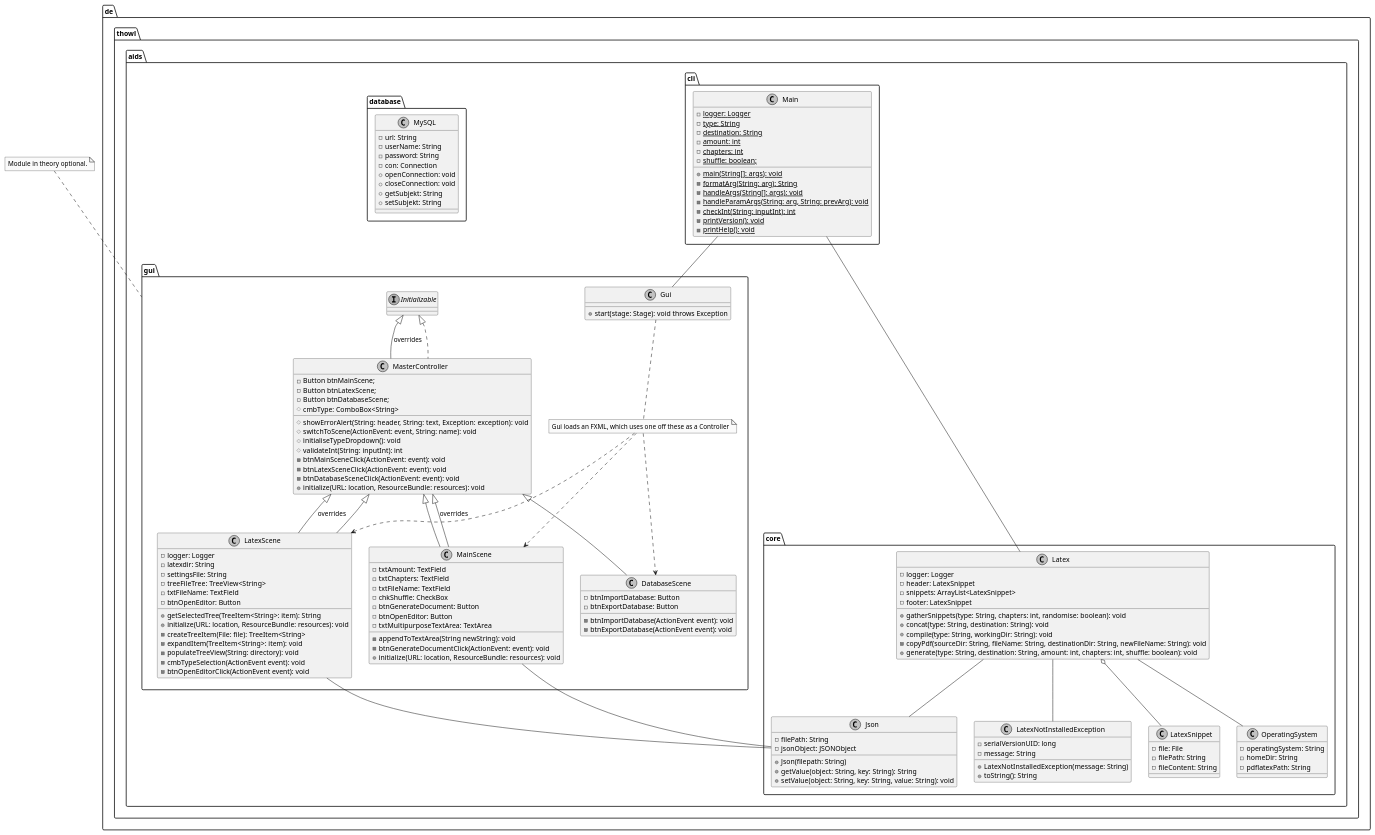
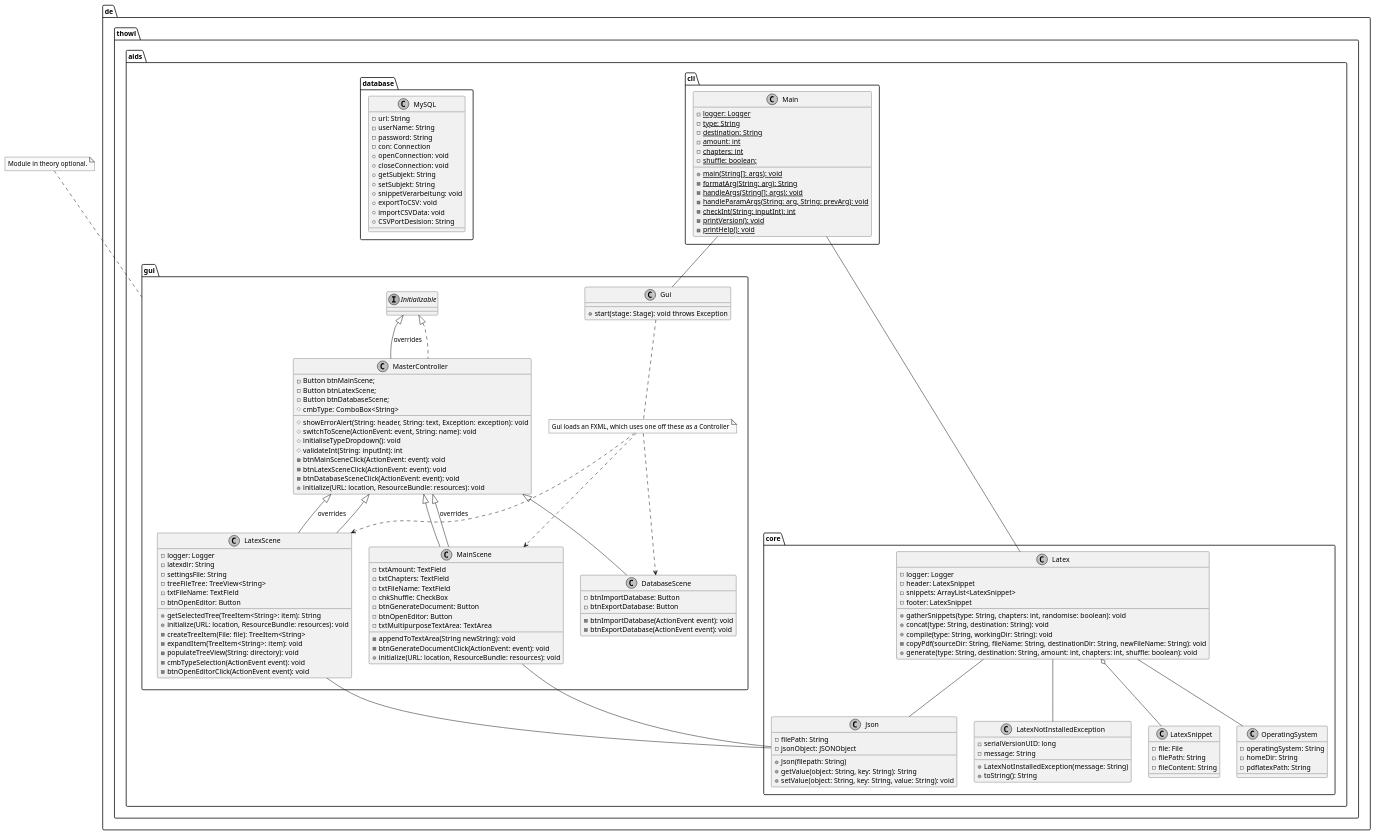
The diagram in docs/dev/technical_documentation/diagramm/uml/aids.puml (j0giwa/autonomous-instant-documents), drawn with PlantUML before and after one commit. The commit also changed 1 other file, not shown here.

```diff
--- a/docs/dev/technical_documentation/diagramm/uml/aids.puml
+++ b/docs/dev/technical_documentation/diagramm/uml/aids.puml
@@ -1,157 +1,161 @@
 @startuml aids
 
 skinparam monochrome true
 
 de.thowl.aids.cli.Main -- de.thowl.aids.gui.Gui
 de.thowl.aids.cli.Main -- de.thowl.aids.core.Latex
 de.thowl.aids.gui.MainScene -- de.thowl.aids.core.Json
 de.thowl.aids.gui.LatexScene -- de.thowl.aids.core.Json
 
 package de.thowl.aids.cli {
 	class Main {
 		- {static} logger: Logger
 		- {static} type: String
 		- {static} destination: String
 		- {static} amount: int
 		- {static} chapters: int
 		- {static} shuffle: boolean;
 		+ {static} main(String[]: args): void
 		- {static} formatArg(String: arg): String
 		- {static} handleArgs(String[]: args): void
 		- {static} handleParamArgs(String: arg, String: prevArg): void
 		- {static} checkInt(String: inputInt): int
 		- {static} printVersion(): void
 		- {static} printHelp(): void
 	}
 }
 
 package de.thowl.aids.core {
 	class Latex {
 		- logger: Logger
 		- header: LatexSnippet
 		- snippets: ArrayList<LatexSnippet>
 		- footer: LatexSnippet
 		+ gatherSnippets(type: String, chapters: int, randomise: boolean): void
 		+ concat(type: String, destination: String): void
 		+ compile(type: String, workingDir: String): void
 		- copyPdf(sourceDir: String, fileName: String, destinationDir: String, newFileName: String): void
 		+ generate(type: String, destination: String, amount: int, chapters: int, shuffle: boolean): void
 	}
 
 	Latex o-- LatexSnippet 
 	Latex -- OperatingSystem
 	Latex -- Json
 	Latex -- LatexNotInstalledException
 
 	class OperatingSystem {
 		- operatingSystem: String
 		- homeDir: String
 		- pdflatexPath: String
 	}
 
 	class Json {
 		- filePath: String
 		- jsonObject: JSONObject
 		+ Json(filepath: String)
 		+ getValue(object: String, key: String): String
 		+ setValue(object: String, key: String, value: String): void
 	}
 
 	class LatexNotInstalledException {
 		- serialVersionUID: long
 		- message: String
 		+ LatexNotInstalledException(message: String)
 		+ toString(): String
 	}
 
 	class LatexSnippet {
 		- file: File
 		- filePath: String
 		- fileContent: String
 	}
 
 }
 
 note top of de.thowl.aids.gui : Module in theory optional.
 package de.thowl.aids.gui {
 	class Gui {
 		+ start(stage: Stage): void throws Exception
 	}
 
 	note "Gui loads an FXML, which uses one off these as a Controller" as N1
 	Gui .. N1
 	N1 ..> de.thowl.aids.gui.MainScene
 	N1 ..> de.thowl.aids.gui.LatexScene
 	N1 ..> de.thowl.aids.gui.DatabaseScene
 
 	class MasterController implements Initializable{
 	        - Button btnMainScene;
 	        - Button btnLatexScene;
 	        - Button btnDatabaseScene;
 	        # cmbType: ComboBox<String>
 	        # showErrorAlert(String: header, String: text, Exception: exception): void
 	        # switchToScene(ActionEvent: event, String: name): void
 	        # initialiseTypeDropdown(): void
 	        # validateInt(String: inputInt): int
 	        - btnMainSceneClick(ActionEvent: event): void
 	        - btnLatexSceneClick(ActionEvent: event): void
 	        - btnDatabaseSceneClick(ActionEvent: event): void
 	        + initialize(URL: location, ResourceBundle: resources): void
 	}
 
 	class MainScene extends MasterController {
 	        - txtAmount: TextField
 	        - txtChapters: TextField
 	        - txtFileName: TextField
 	        - chkShuffle: CheckBox
 	        - btnGenerateDocument: Button
 	        - btnOpenEditor: Button
 	        - txtMultipurposeTextArea: TextArea
 	        - appendToTextArea(String newString): void
 	        - btnGenerateDocumentClick(ActionEvent: event): void
 	        + initialize(URL: location, ResourceBundle: resources): void
 	}
 
 	class LatexScene extends MasterController {
 	        - logger: Logger
 	        - latexdir: String
 	        - settingsFile: String
 	        - treeFileTree: TreeView<String>
 	        - txtFileName: TextField
 	        - btnOpenEditor: Button
 	        + getSelectedTree(TreeItem<String>: item): String
 	        + initialize(URL: location, ResourceBundle: resources): void
 	        - createTreeItem(File: file): TreeItem<String>
 	        - expandItem(TreeItem<String>: item): void
 	        - populateTreeView(String: directory): void
 	        - cmbTypeSelection(ActionEvent event): void
 	        - btnOpenEditorClick(ActionEvent event): void
       	}
 
         class DatabaseScene extends MasterController {
 	        - btnImportDatabase: Button
 	        - btnExportDatabase: Button
 	        - btnImportDatabase(ActionEvent event): void
 	        - btnExportDatabase(ActionEvent event): void
 	}
 
         Initializable <|-- MasterController : overrides
         MasterController <|-- MainScene : overrides
         MasterController <|-- LatexScene : overrides
         
 }
 
 package de.thowl.aids.database {
         class MySQL{
                 - url: String
                 - userName: String
                 - password: String
                 - con: Connection
                 + openConnection: void
                 + closeConnection: void
                 + getSubjekt: String
                 + setSubjekt: String
+				+ snippetVerarbeitung: void
+				+ exportToCSV: void
+				+ importCSVData: void
+				+ CSVPortDesision: String
         }
 }
 
 @enduml
```
